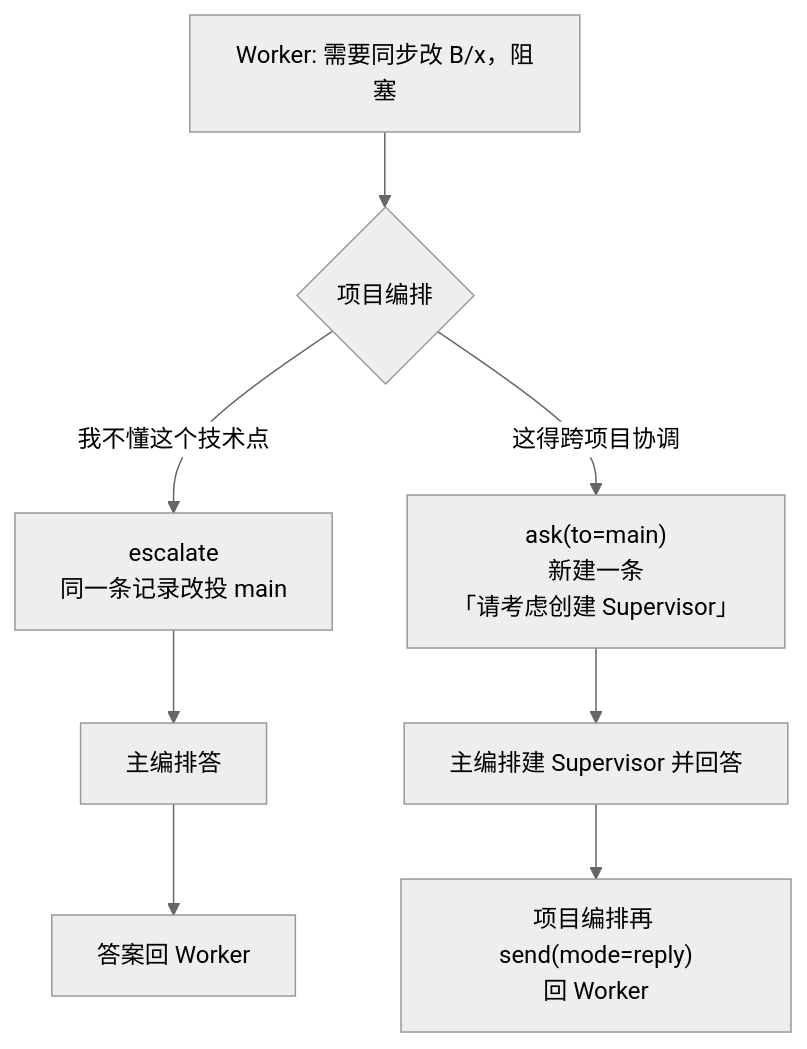
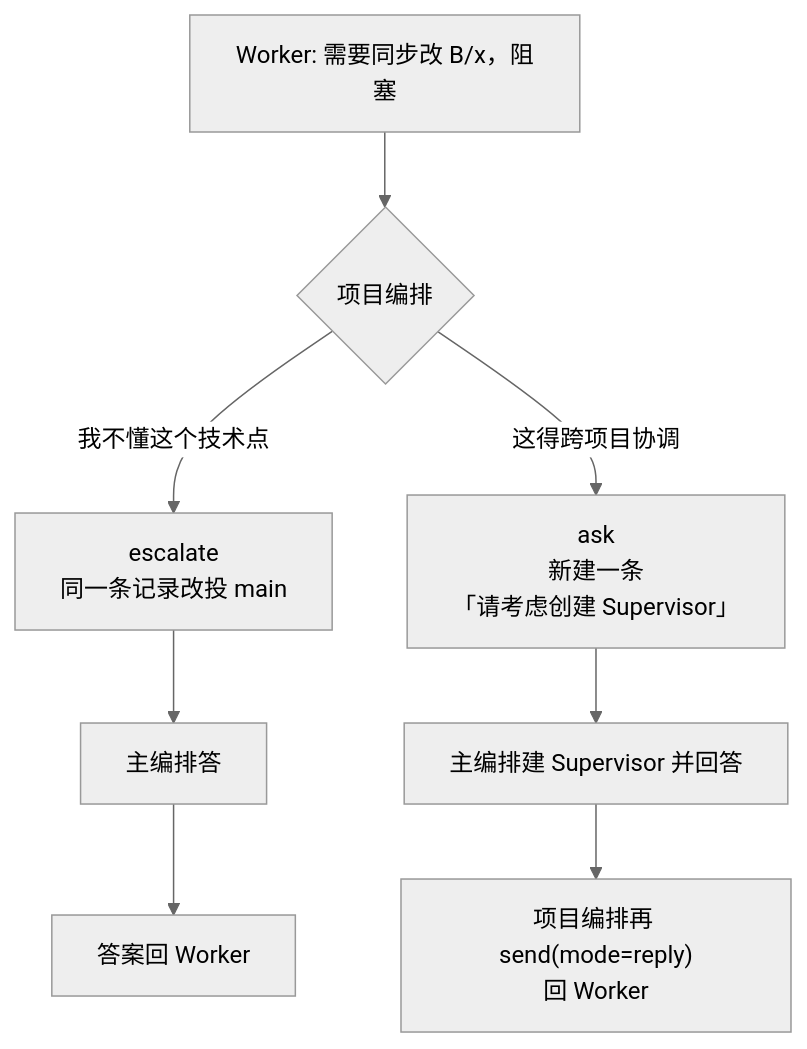
Before and after one commit to hairyf/dsh-nexus: the tenth of 18 diagrams in docs/flow.md, drawn with Mermaid (neutral theme). The commit also changed other lines of this file and 7 other files, not shown here.

````diff
--- a/docs/flow.md
+++ b/docs/flow.md
@@ -314,10 +338,10 @@
 ```mermaid
 flowchart TD
     A["Worker: 需要同步改 B/x，阻塞"] --> B{"项目编排"}
     B -->|"我不懂这个技术点"| C["escalate<br/>同一条记录改投 main"]
-    B -->|"这得跨项目协调"| D["ask(to=main)<br/>新建一条<br/>「请考虑创建 Supervisor」"]
+    B -->|"这得跨项目协调"| D["ask<br/>新建一条<br/>「请考虑创建 Supervisor」"]
     C --> E["主编排答"]
     D --> E2["主编排建 Supervisor 并回答"]
     E --> F["答案回 Worker"]
     E2 --> G["项目编排再 send(mode=reply)<br/>回 Worker"]
 ```
````
